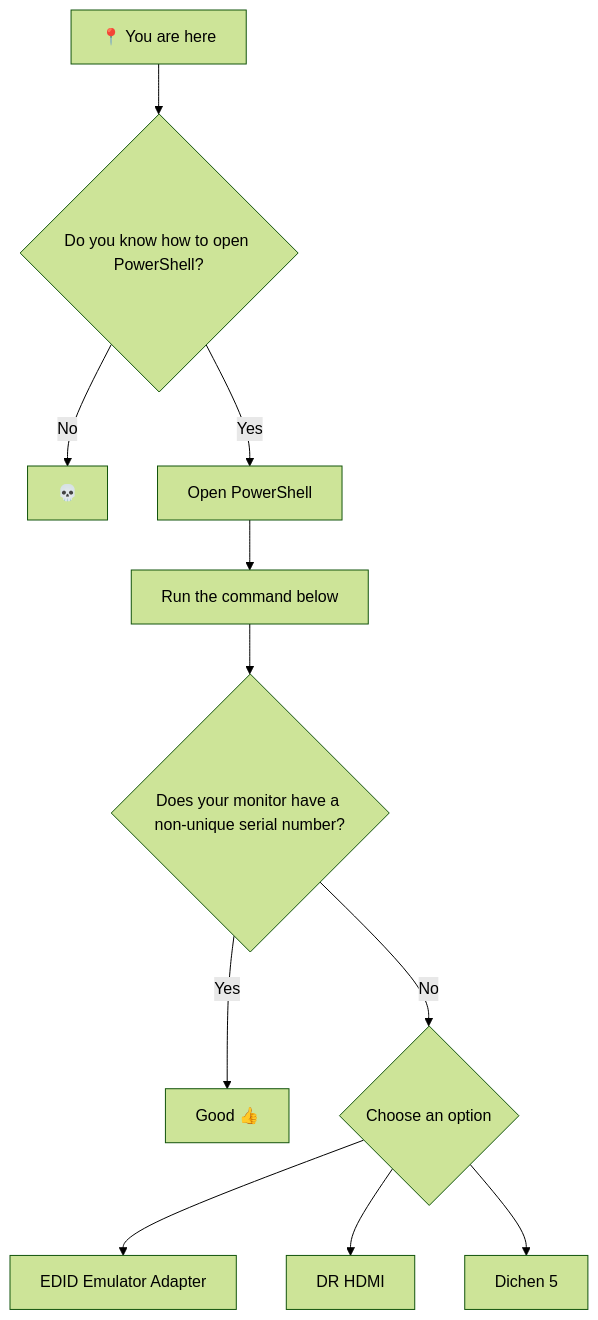
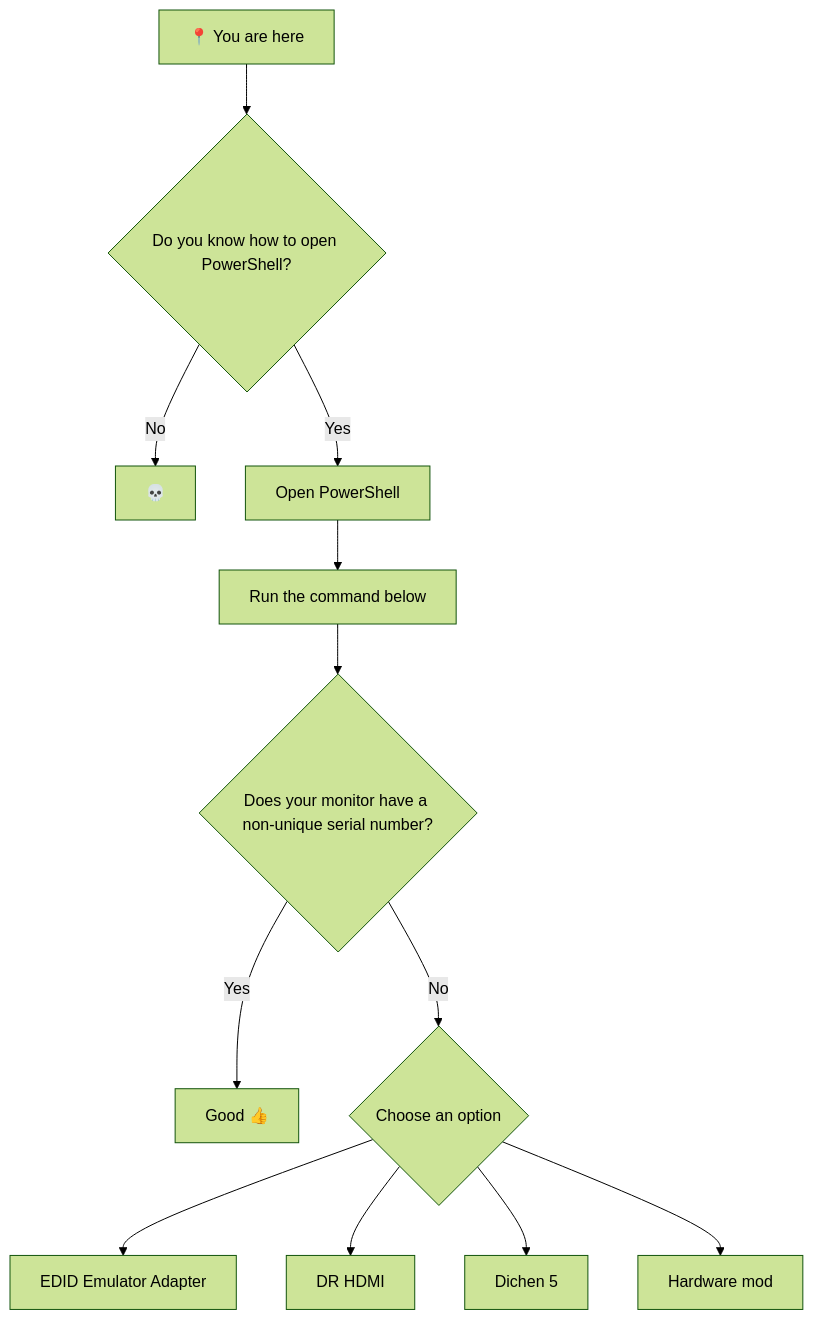
Before and after one commit to GoofyNest/HardwareSpoofing: the seventh of 7 diagrams in introduction/spoof-order.md, drawn with Mermaid (forest theme).

Commit message:
GITBOOK-136: No subject

````diff
--- a/introduction/spoof-order.md
+++ b/introduction/spoof-order.md
@@ -194,22 +194,24 @@
 ```mermaid
 flowchart TD
     A["📍 You are here"] --> B{"Do you know how to open PowerShell?"}
 
     B -->|No| C["💀"]
     B -->|Yes| D["Open PowerShell"]
 
     D --> E["Run the command below"]
 
     E --> F{"Does your monitor have a non-unique serial number?"}
 
     F -->|Yes| G["Good 👍"]
     F -->|No| H{"Choose an option"}
 
     H --> I["EDID Emulator Adapter"]
     H --> J["DR HDMI"]
     H --> K["Dichen 5"]
+    H --> L["Hardware mod"]
 
     click I "https://goofynest.gitbook.io/spoof/monitor-spoofing/hdmi-edid-emulator-adapter"
     click J "https://goofynest.gitbook.io/spoof/monitor-spoofing/dr-hdmi"
     click K "https://goofynest.gitbook.io/spoof/monitor-spoofing/dichen-5"
+    click K "https://goofynest.gitbook.io/spoof/monitor-spoofing/hardware-mod"
 ```
````
